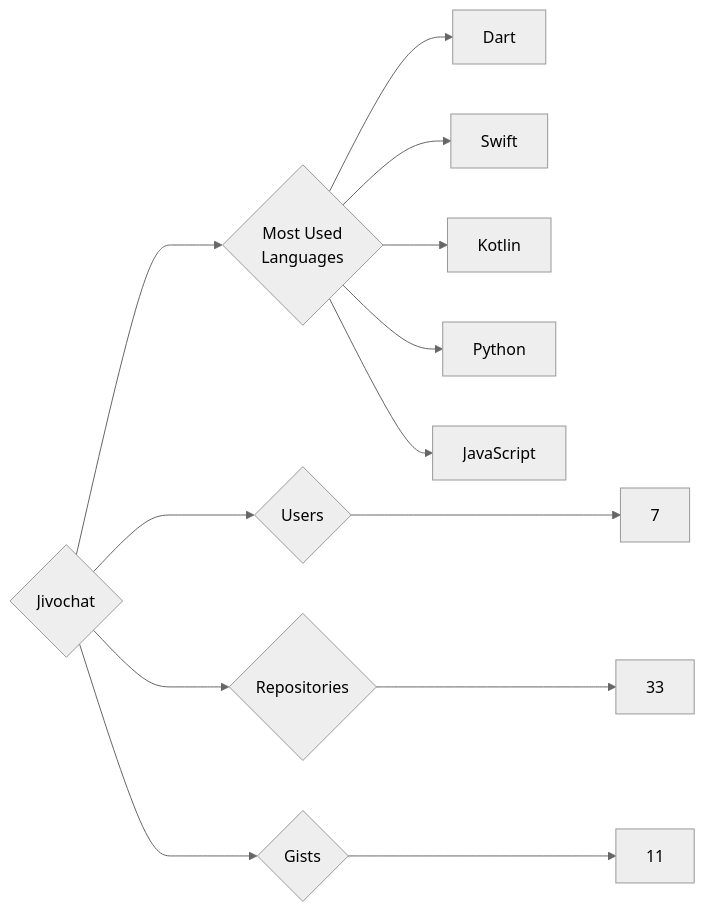
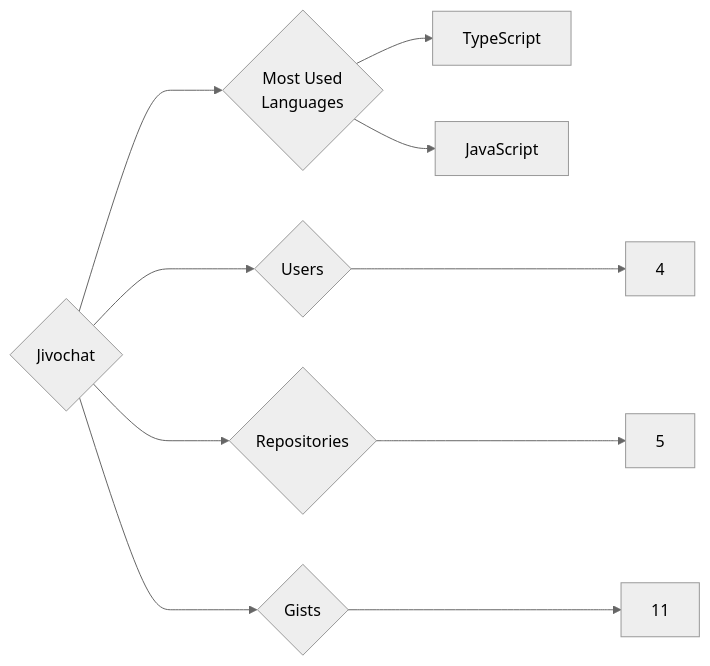
One commit to trickest/insiders changed the diagram in targets/Jivochat/README.md. Above: the diagram before and after it, drawn with Mermaid (neutral theme). The commit also changed 860 other files, not shown here.

````diff
--- a/targets/Jivochat/README.md
+++ b/targets/Jivochat/README.md
@@ -3,13 +3,10 @@
 ```mermaid
 graph LR
 COMPANY_NAME{Jivochat}
-COMPANY_NAME ---> U{Users} ---> UN[7]
-COMPANY_NAME ---> R{Repositories} ---> RN[33]
+COMPANY_NAME ---> U{Users} ---> UN[4]
+COMPANY_NAME ---> R{Repositories} ---> RN[5]
 COMPANY_NAME ---> G{Gists} ---> GN[11]
 COMPANY_NAME ---> ML{Most Used<br>Languages}
-ML --> Dart[Dart]
-ML --> Swift[Swift]
-ML --> Kotlin[Kotlin]
-ML --> Python[Python]
+ML --> TypeScript[TypeScript]
 ML --> JavaScript[JavaScript]
 ```
````
